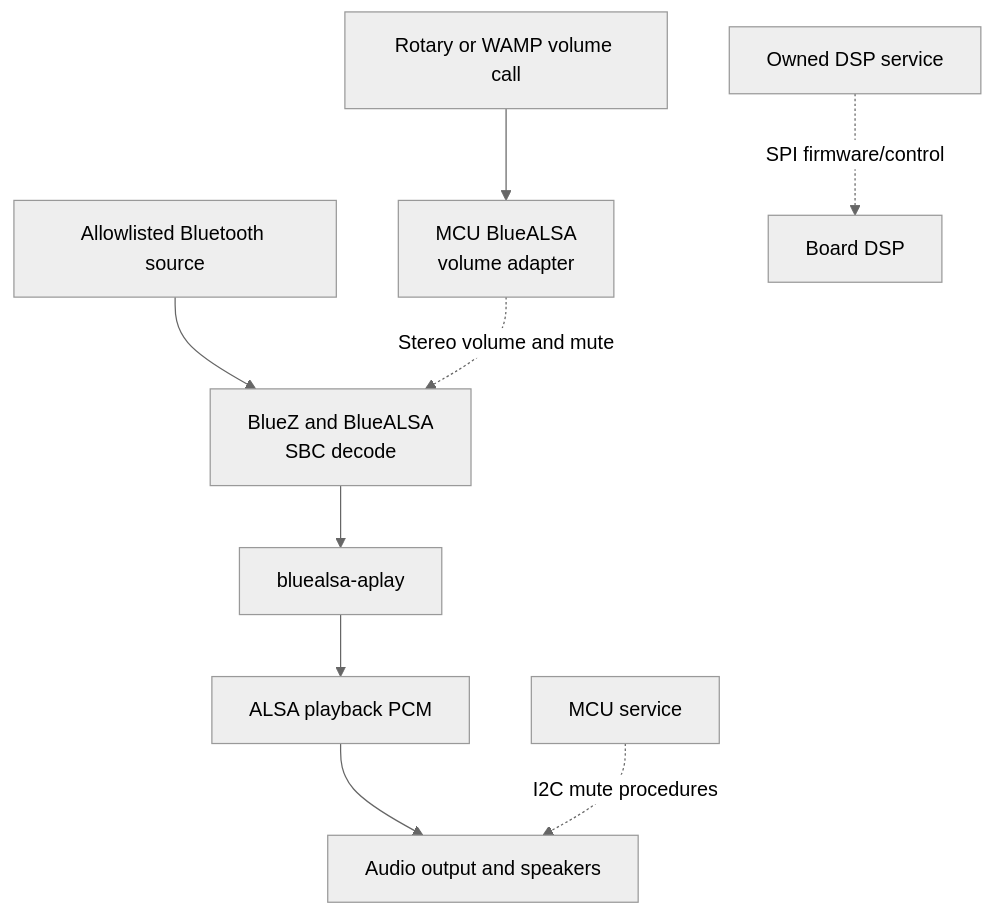
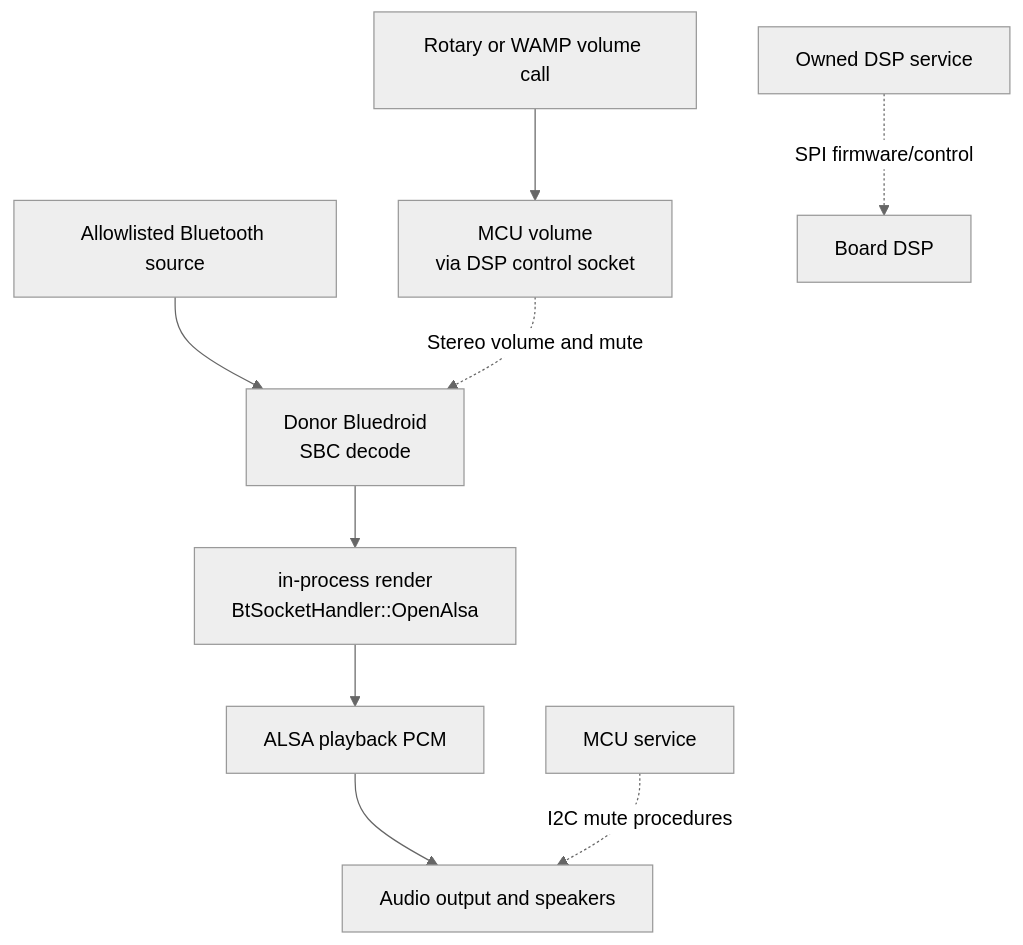
Before and after one commit to tku4tw2012/reInvoke: the diagram in docs/emulation/owned-speaker-control.md, drawn with Mermaid (neutral theme). The commit also changed other lines of this file and 9 other files, not shown here.

````diff
--- a/docs/emulation/owned-speaker-control.md
+++ b/docs/emulation/owned-speaker-control.md
@@ -47,11 +48,11 @@
 ```mermaid
 flowchart TB
-  Peer["Allowlisted Bluetooth source"] --> Decode["BlueZ and BlueALSA<br/>SBC decode"]
-  Decode --> Player["bluealsa-aplay"]
+  Peer["Allowlisted Bluetooth source"] --> Decode["Donor Bluedroid<br/>SBC decode"]
+  Decode --> Player["in-process render<br/>BtSocketHandler::OpenAlsa"]
   Player --> PCM["ALSA playback PCM"]
   PCM --> Output["Audio output and speakers"]
-  Keys["Rotary or WAMP volume call"] --> Volume["MCU BlueALSA<br/>volume adapter"]
+  Keys["Rotary or WAMP volume call"] --> Volume["MCU volume<br/>via DSP control socket"]
   Volume -. "Stereo volume and mute" .-> Decode
   MCU["MCU service"] -. "I2C mute procedures" .-> Output
   DSP["Owned DSP service"] -. "SPI firmware/control" .-> BoardDSP["Board DSP"]
 ```
````
